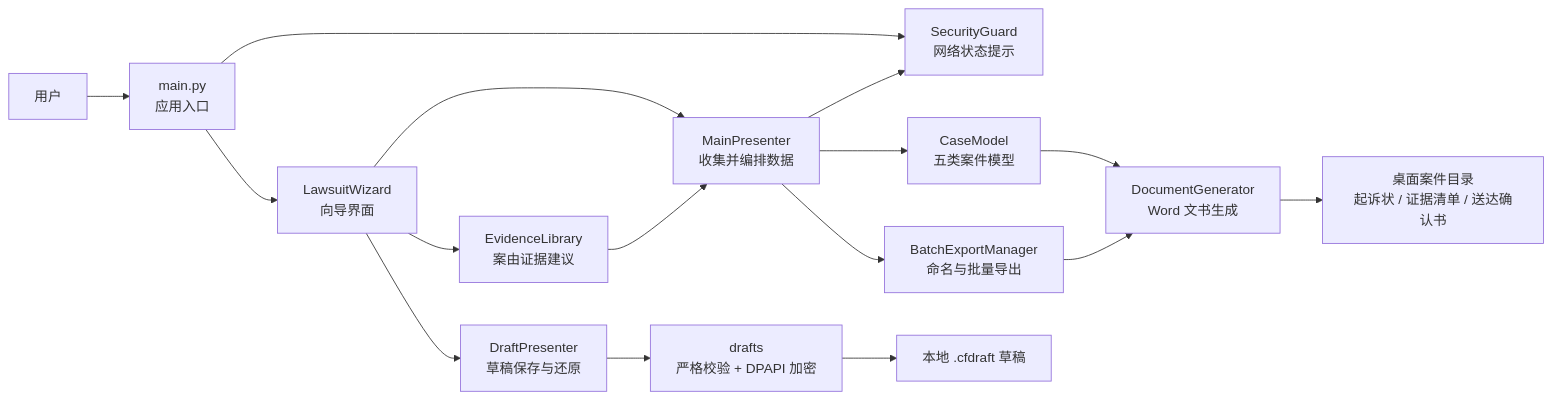
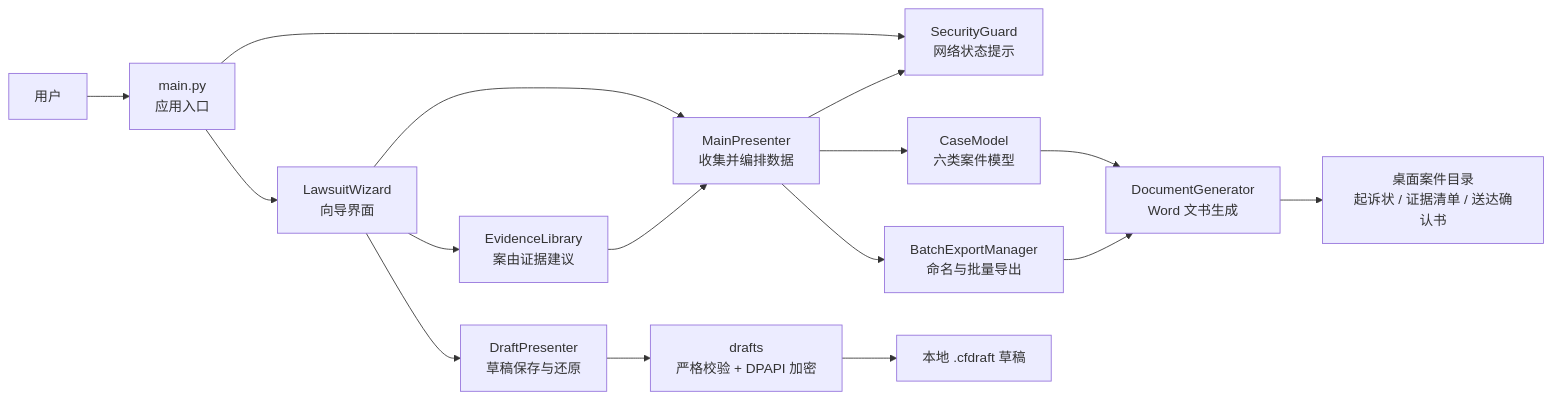
One commit to YGone-001/civil-filing-assistant changed the diagram in README.md. Above: the diagram before and after it, drawn with Mermaid. The commit also changed other lines of this file and 35 other files, not shown here.

````diff
--- a/README.md
+++ b/README.md
@@ -59,18 +60,18 @@
 ```mermaid
 flowchart LR
     User["用户"] --> Entry["main.py<br/>应用入口"]
     Entry --> Guard["SecurityGuard<br/>网络状态提示"]
     Entry --> View["LawsuitWizard<br/>向导界面"]
     View --> Presenter["MainPresenter<br/>收集并编排数据"]
-    Presenter --> Models["CaseModel<br/>五类案件模型"]
+    Presenter --> Models["CaseModel<br/>六类案件模型"]
     View --> Evidence["EvidenceLibrary<br/>案由证据建议"]
     Evidence --> Presenter
     Models --> Generator["DocumentGenerator<br/>Word 文书生成"]
     Presenter --> Batch["BatchExportManager<br/>命名与批量导出"]
     Batch --> Generator
     Generator --> Output["桌面案件目录<br/>起诉状 / 证据清单 / 送达确认书"]
     Presenter --> Guard
     View --> DraftPresenter["DraftPresenter<br/>草稿保存与还原"]
     DraftPresenter --> Drafts["drafts<br/>严格校验 + DPAPI 加密"]
     Drafts --> DraftFile["本地 .cfdraft 草稿"]
 ```
````
